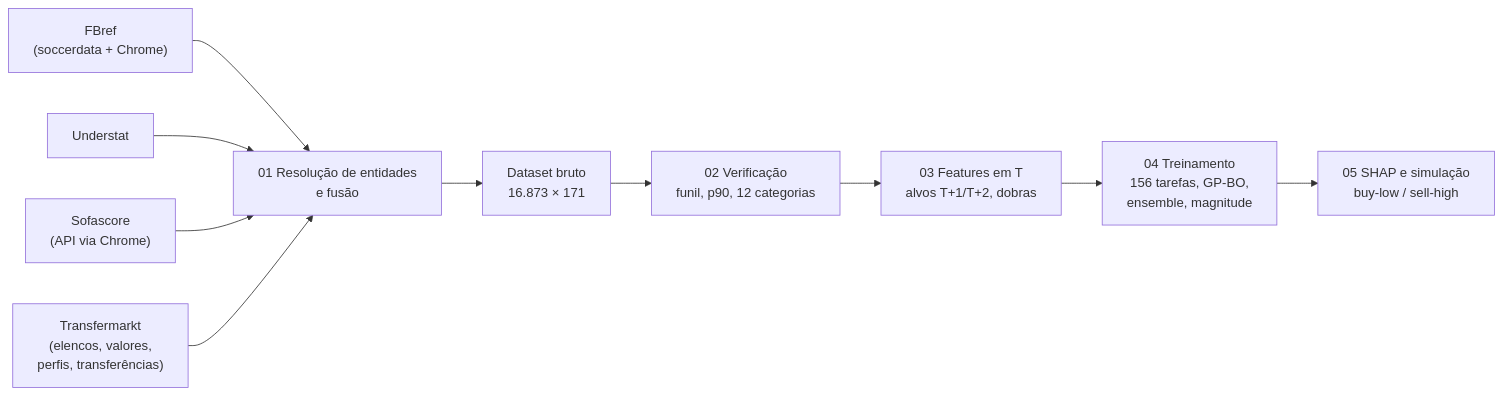
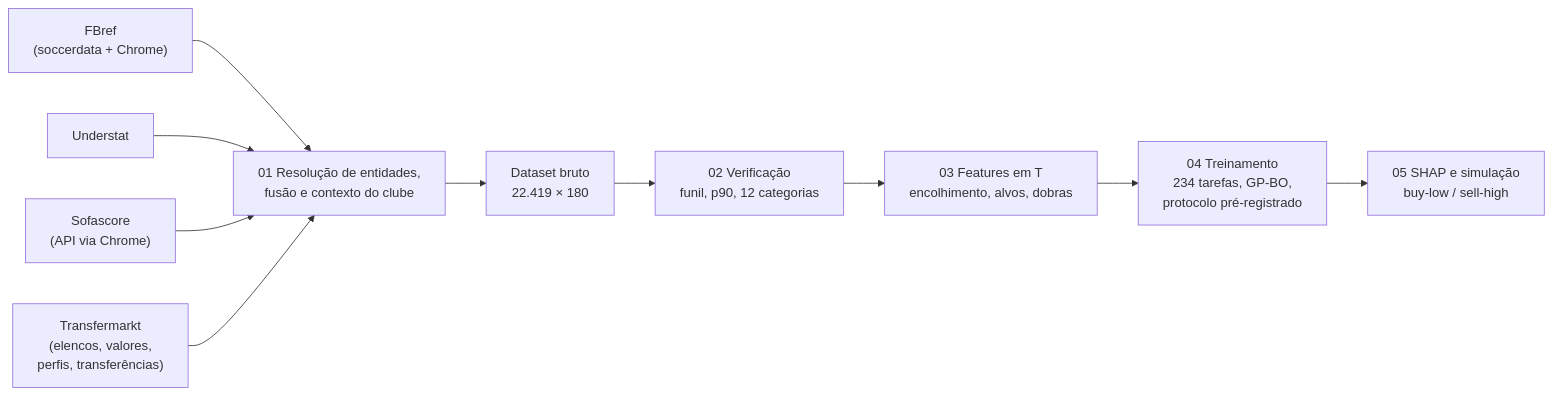
Before and after one commit to alvarodevbr/football-analytics: the diagram in reports/README.md, drawn with Mermaid. The commit also changed other lines of this file and 85 other files, not shown here.

First line of the commit message:
v3: teste pré-registrado revelado, interpretação e relatórios

````diff
--- a/reports/README.md
+++ b/reports/README.md
@@ -78,12 +96,12 @@
 ```mermaid
 flowchart LR
     A["FBref<br/>(soccerdata + Chrome)"] --> E
     B["Understat"] --> E
     C["Sofascore<br/>(API via Chrome)"] --> E
     D["Transfermarkt<br/>(elencos, valores,<br/>perfis, transferências)"] --> E
-    E["01 Resolução de entidades<br/>e fusão"] --> F["Dataset bruto<br/>16.873 × 171"]
+    E["01 Resolução de entidades,<br/>fusão e contexto do clube"] --> F["Dataset bruto<br/>22.419 × 180"]
     F --> G["02 Verificação<br/>funil, p90, 12 categorias"]
-    G --> H["03 Features em T<br/>alvos T+1/T+2, dobras"]
-    H --> I["04 Treinamento<br/>156 tarefas, GP-BO,<br/>ensemble, magnitude"]
+    G --> H["03 Features em T<br/>encolhimento, alvos, dobras"]
+    H --> I["04 Treinamento<br/>234 tarefas, GP-BO,<br/>protocolo pré-registrado"]
     I --> J["05 SHAP e simulação<br/>buy-low / sell-high"]
 ```
````
